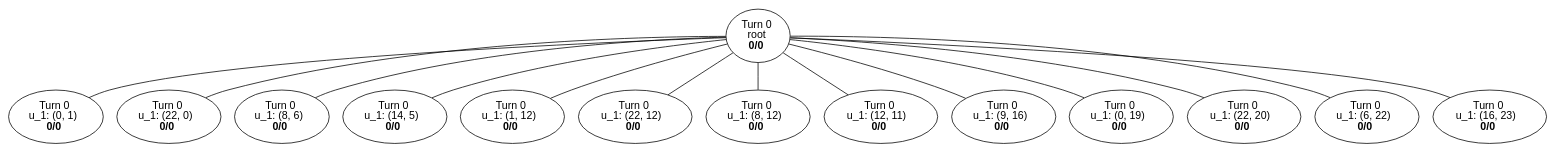
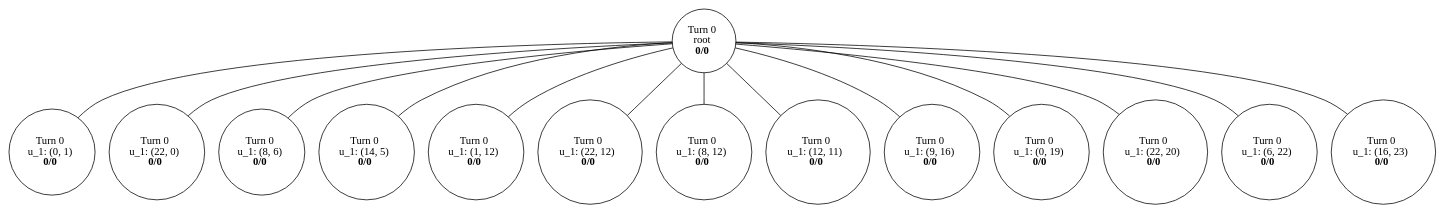
One commit to nathanbabcock/lux-ai changed the diagram in graphviz/mcts.dot. Above: the diagram before and after it, drawn with Graphviz. The commit also changed 1 other file, not shown here.

Commit message:
Graphviz circular nodes

```diff
--- a/graphviz/mcts.dot
+++ b/graphviz/mcts.dot
@@ -1,29 +1,30 @@
-graph "" {
-  BBQQD [label=<Turn 0<br/>root<br/><b>0/0</b>> fontname="helvetica"]
-  BBQQD -- bJLJS
-  bJLJS [label=<Turn 0<br/>u_1: (0, 1)<br/><b>0/0</b>> fontname="helvetica"]
-  BBQQD -- SWgaz
-  SWgaz [label=<Turn 0<br/>u_1: (22, 0)<br/><b>0/0</b>> fontname="helvetica"]
-  BBQQD -- NdOmL
-  NdOmL [label=<Turn 0<br/>u_1: (8, 6)<br/><b>0/0</b>> fontname="helvetica"]
-  BBQQD -- SzPBU
-  SzPBU [label=<Turn 0<br/>u_1: (14, 5)<br/><b>0/0</b>> fontname="helvetica"]
-  BBQQD -- nsTKE
-  nsTKE [label=<Turn 0<br/>u_1: (1, 12)<br/><b>0/0</b>> fontname="helvetica"]
-  BBQQD -- RFDjl
-  RFDjl [label=<Turn 0<br/>u_1: (22, 12)<br/><b>0/0</b>> fontname="helvetica"]
-  BBQQD -- ajIvl
-  ajIvl [label=<Turn 0<br/>u_1: (8, 12)<br/><b>0/0</b>> fontname="helvetica"]
-  BBQQD -- ysMJh
-  ysMJh [label=<Turn 0<br/>u_1: (12, 11)<br/><b>0/0</b>> fontname="helvetica"]
-  BBQQD -- dHytP
-  dHytP [label=<Turn 0<br/>u_1: (9, 16)<br/><b>0/0</b>> fontname="helvetica"]
-  BBQQD -- mIGId
-  mIGId [label=<Turn 0<br/>u_1: (0, 19)<br/><b>0/0</b>> fontname="helvetica"]
-  BBQQD -- FToIa
-  FToIa [label=<Turn 0<br/>u_1: (22, 20)<br/><b>0/0</b>> fontname="helvetica"]
-  BBQQD -- Ayzri
-  Ayzri [label=<Turn 0<br/>u_1: (6, 22)<br/><b>0/0</b>> fontname="helvetica"]
-  BBQQD -- ZGcZt
-  ZGcZt [label=<Turn 0<br/>u_1: (16, 23)<br/><b>0/0</b>> fontname="helvetica"]
+graph {
+  node [shape=circle fontname="CMU Serif"]
+  olcDH [label=<Turn 0<br/>root<br/><b>0/0</b>>]
+  olcDH -- KHNVm
+  KHNVm [label=<Turn 0<br/>u_1: (0, 1)<br/><b>0/0</b>>]
+  olcDH -- WRtuT
+  WRtuT [label=<Turn 0<br/>u_1: (22, 0)<br/><b>0/0</b>>]
+  olcDH -- SwoJy
+  SwoJy [label=<Turn 0<br/>u_1: (8, 6)<br/><b>0/0</b>>]
+  olcDH -- ZhIhb
+  ZhIhb [label=<Turn 0<br/>u_1: (14, 5)<br/><b>0/0</b>>]
+  olcDH -- PDArD
+  PDArD [label=<Turn 0<br/>u_1: (1, 12)<br/><b>0/0</b>>]
+  olcDH -- FYGQg
+  FYGQg [label=<Turn 0<br/>u_1: (22, 12)<br/><b>0/0</b>>]
+  olcDH -- EnSAJ
+  EnSAJ [label=<Turn 0<br/>u_1: (8, 12)<br/><b>0/0</b>>]
+  olcDH -- EbyEb
+  EbyEb [label=<Turn 0<br/>u_1: (12, 11)<br/><b>0/0</b>>]
+  olcDH -- cCIVL
+  cCIVL [label=<Turn 0<br/>u_1: (9, 16)<br/><b>0/0</b>>]
+  olcDH -- PWbke
+  PWbke [label=<Turn 0<br/>u_1: (0, 19)<br/><b>0/0</b>>]
+  olcDH -- XBsRF
+  XBsRF [label=<Turn 0<br/>u_1: (22, 20)<br/><b>0/0</b>>]
+  olcDH -- XPfkJ
+  XPfkJ [label=<Turn 0<br/>u_1: (6, 22)<br/><b>0/0</b>>]
+  olcDH -- MblVt
+  MblVt [label=<Turn 0<br/>u_1: (16, 23)<br/><b>0/0</b>>]
 }
```
